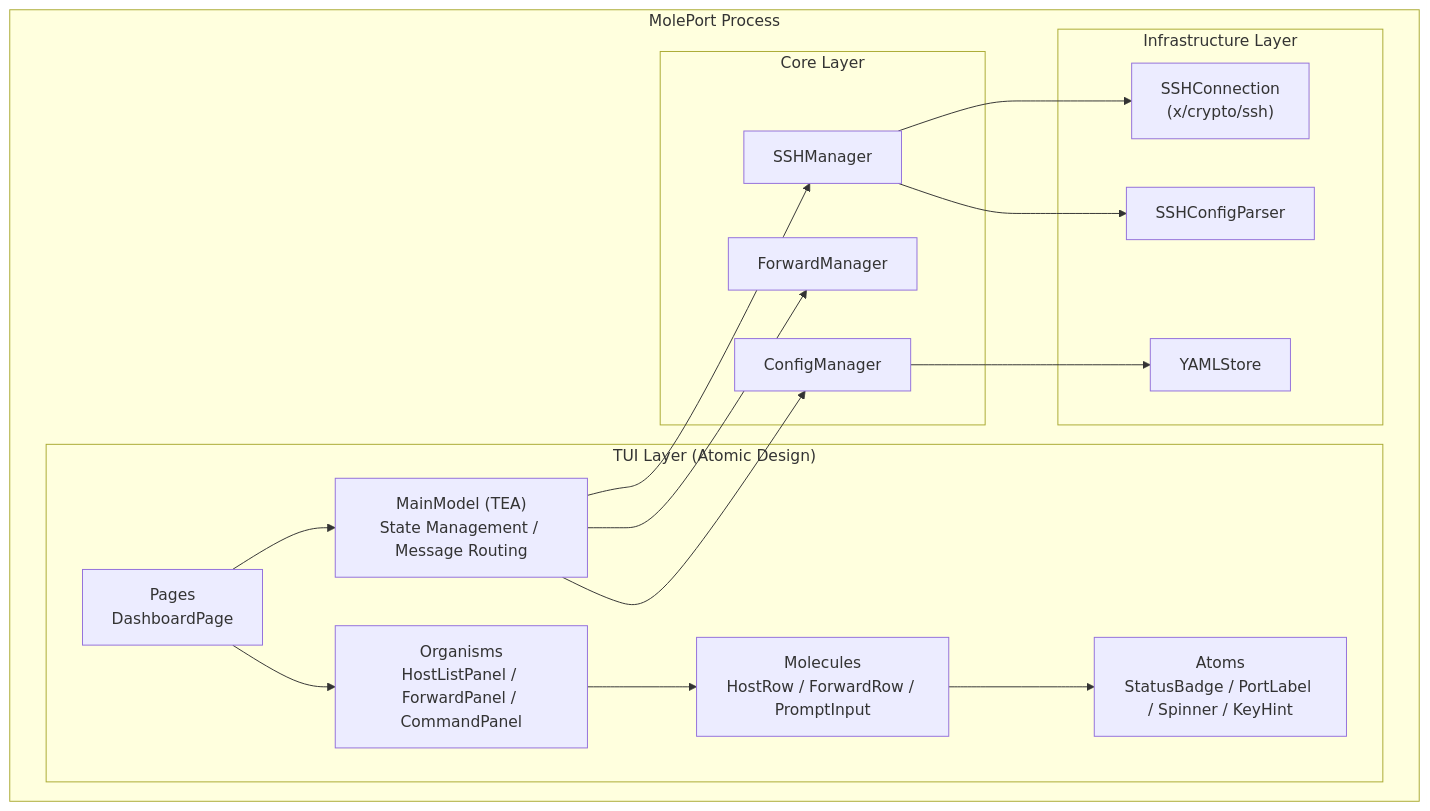
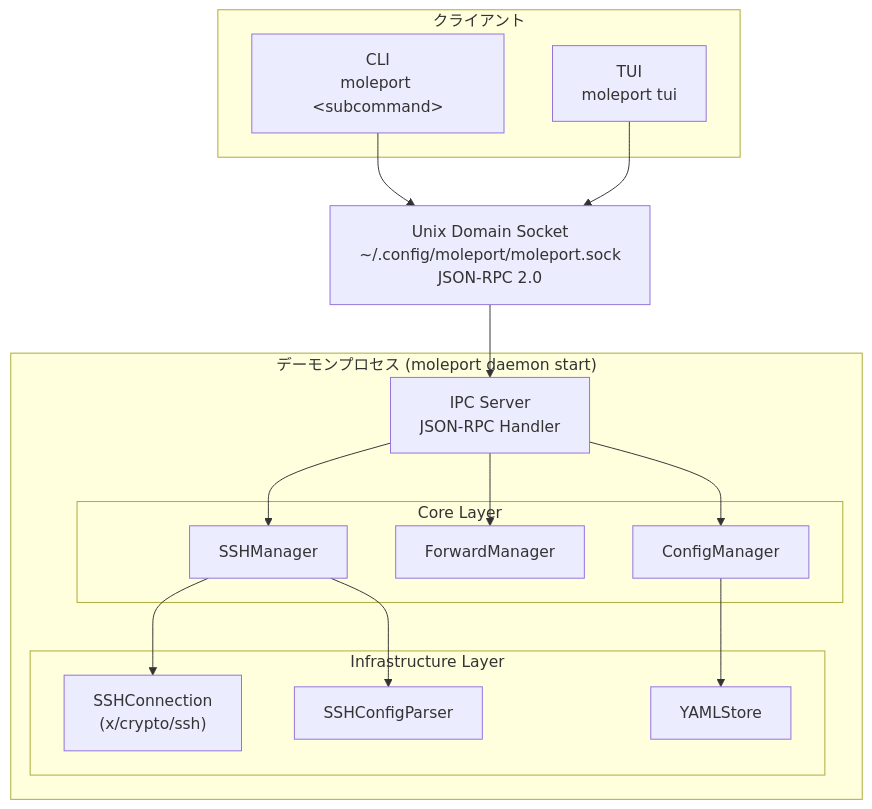
One commit to ousiassllc/MolePort changed the first of 11 diagrams in docs/architecture/overview.md. Above: the diagram before and after it, drawn with Mermaid. The commit also changed other lines of this file, not shown here.

````diff
--- a/docs/architecture/overview.md
+++ b/docs/architecture/overview.md
@@ -24,36 +25,36 @@
 ```mermaid
 graph TB
-    subgraph MolePort Process
-        subgraph TUI["TUI Layer (Atomic Design)"]
-            Pages["Pages<br/>DashboardPage"]
-            Organisms["Organisms<br/>HostListPanel / ForwardPanel / CommandPanel"]
-            Molecules["Molecules<br/>HostRow / ForwardRow / PromptInput"]
-            Atoms["Atoms<br/>StatusBadge / PortLabel / Spinner / KeyHint"]
-            MainModel["MainModel (TEA)<br/>State Management / Message Routing"]
+    subgraph Clients["クライアント"]
+        CLI["CLI<br/>moleport &lt;subcommand&gt;"]
+        TUI["TUI<br/>moleport tui"]
+    end
 
-            Pages --> Organisms
-            Organisms --> Molecules
-            Molecules --> Atoms
-            Pages --> MainModel
-        end
+    Socket["Unix Domain Socket<br/>~/.config/moleport/moleport.sock<br/>JSON-RPC 2.0"]
+
+    subgraph Daemon["デーモンプロセス (moleport daemon start)"]
+        IPCServer["IPC Server<br/>JSON-RPC Handler"]
 
         subgraph Core["Core Layer"]
             SSHManager["SSHManager"]
             ForwardManager["ForwardManager"]
             ConfigManager["ConfigManager"]
         end
 
         subgraph Infra["Infrastructure Layer"]
             SSHConn["SSHConnection<br/>(x/crypto/ssh)"]
             SSHConfigParser["SSHConfigParser"]
             YAMLStore["YAMLStore"]
         end
 
-        MainModel --> SSHManager
-        MainModel --> ForwardManager
-        MainModel --> ConfigManager
+        IPCServer --> SSHManager
+        IPCServer --> ForwardManager
+        IPCServer --> ConfigManager
         SSHManager --> SSHConn
         SSHManager --> SSHConfigParser
         ConfigManager --> YAMLStore
     end
+
+    CLI --> Socket
+    TUI --> Socket
+    Socket --> IPCServer
 ```
````
